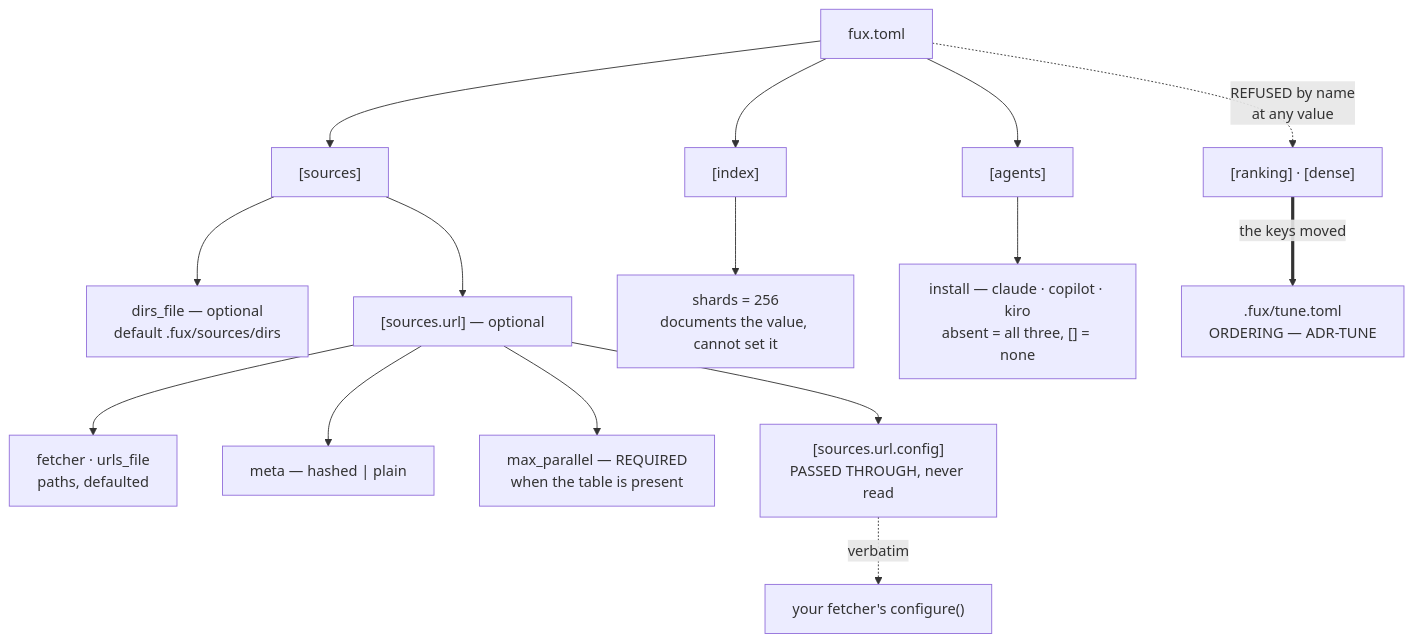
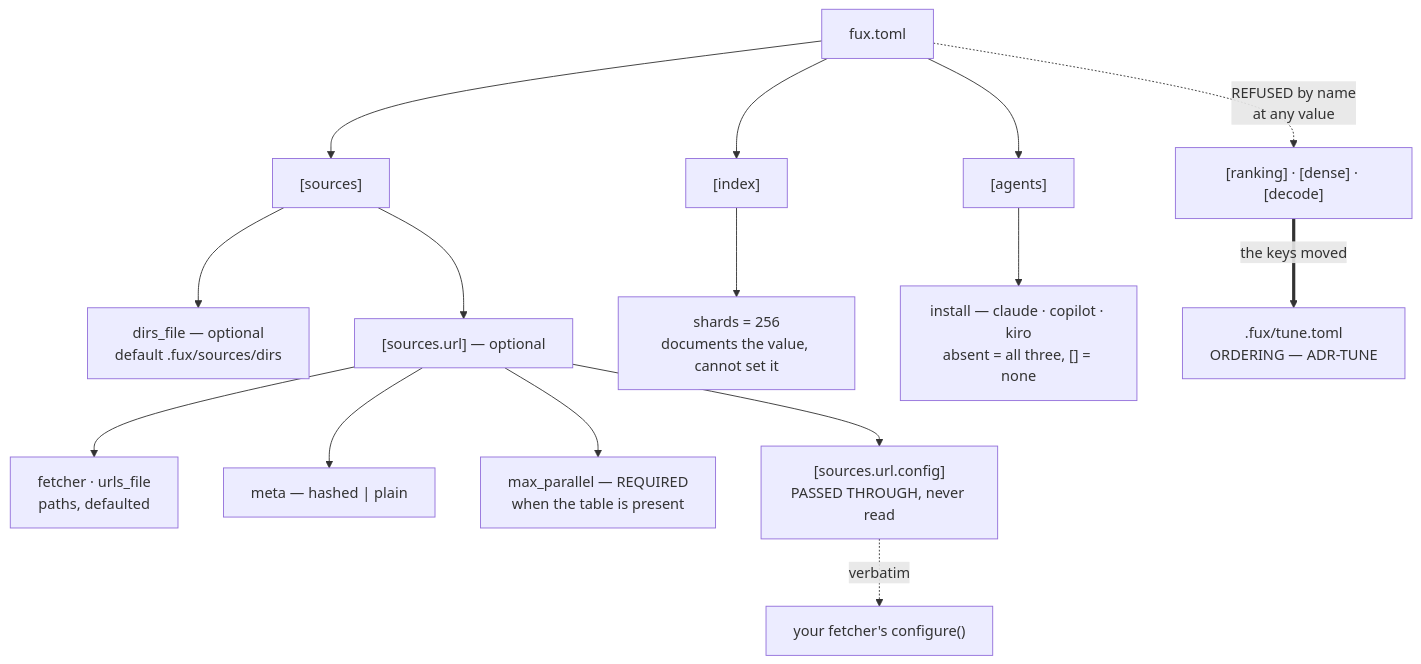
One commit to arpitarya/fux changed the diagram in docs/adr/0023_config.md. Above: the diagram before and after it, drawn with Mermaid. The commit also changed other lines of this file and 327 other files, not shown here.

````diff
--- a/docs/adr/0023_config.md
+++ b/docs/adr/0023_config.md
@@ -43,17 +44,17 @@
 ```mermaid
 flowchart TD
     F["fux.toml"] --> S["[sources]"]
     S --> D["dirs_file — optional<br/>default .fux/sources/dirs"]
     S --> U["[sources.url] — optional"]
     U --> M["fetcher · urls_file<br/>paths, defaulted"]
     U --> ME["meta — hashed | plain"]
     U --> MP["max_parallel — REQUIRED<br/>when the table is present"]
     U --> CF["[sources.url.config]<br/>PASSED THROUGH, never read"]
     F --> I["[index]"]
     I --> SH["shards = 256<br/>documents the value, cannot set it"]
     F --> AG["[agents]"]
     AG --> AI["install — claude · copilot · kiro<br/>absent = all three, [] = none"]
-    F -.->|"REFUSED by name<br/>at any value"| RT["[ranking] · [dense]"]
+    F -.->|"REFUSED by name<br/>at any value"| RT["[ranking] · [dense] · [decode]"]
     RT ==>|"the keys moved"| TU[".fux/tune.toml<br/>ORDERING — ADR-TUNE"]
     CF -.->|"verbatim"| MW["your fetcher's configure()"]
 ```
````
